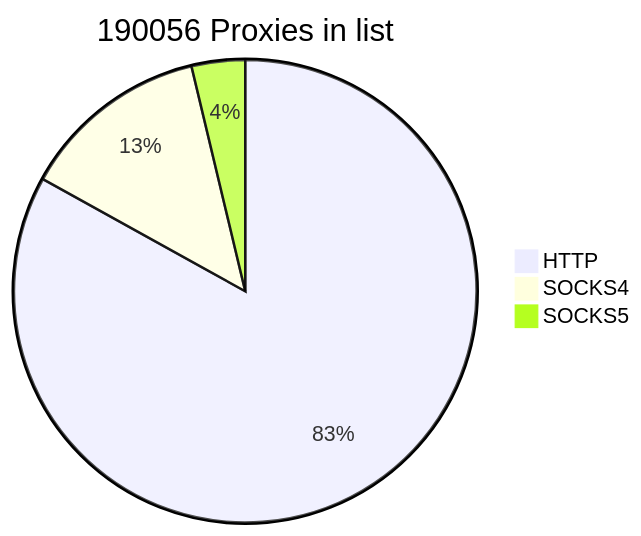
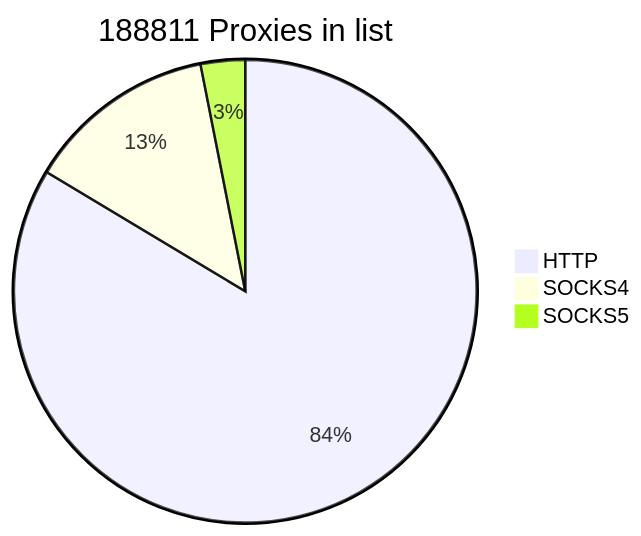
One commit to cutipu/proxylist changed the first of 2 diagrams in README.md. Above: the diagram before and after it, drawn with Mermaid. The commit also changed other lines of this file, not shown here.

````diff
--- a/README.md
+++ b/README.md
@@ -2,7 +2,7 @@
 ```mermaid
-pie title 190056 Proxies in list
+pie title 188811 Proxies in list
     "HTTP" : 157852
     "SOCKS4" : 25106
-    "SOCKS5" : 7098
+    "SOCKS5" : 5853
             
 ```
````
